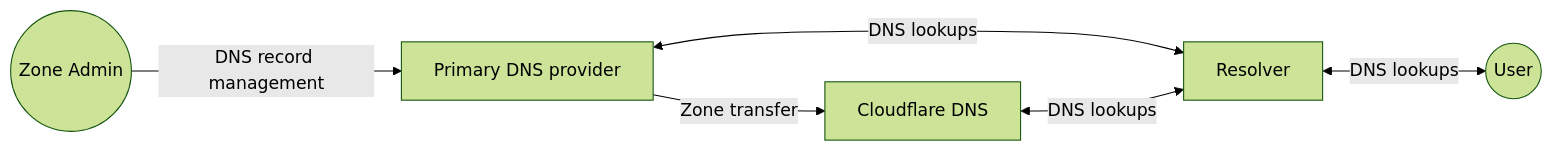
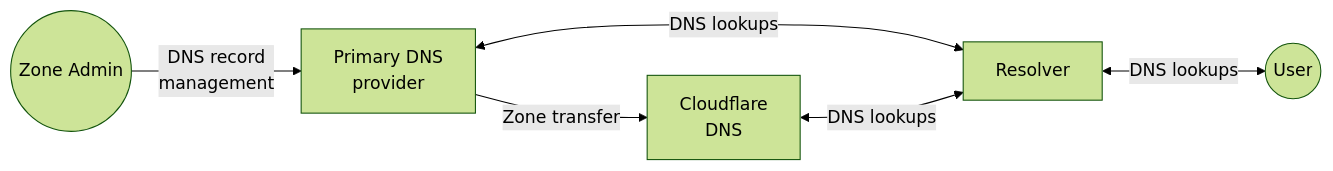
Before and after one commit to rdhanarot/cloudflare-docs: the diagram in content/dns/zone-setups/zone-transfers/cloudflare-as-secondary/_index.md, drawn with Mermaid (forest theme). The commit also changed other lines of this file and 8 other files, not shown here.

First line of the commit message:
[DNS] Expand content on DNSSEC for incoming zone transfers (#9475)

````diff
--- a/content/dns/zone-setups/zone-transfers/cloudflare-as-secondary/_index.md
+++ b/content/dns/zone-setups/zone-transfers/cloudflare-as-secondary/_index.md
@@ -13,7 +14,7 @@
 ```mermaid
 flowchart LR
 accTitle: Cloudflare as Secondary DNS
-A((Zone Admin)) --DNS record management--> B[Primary DNS provider]
-B --Zone transfer--> C[Cloudflare DNS]
+A((Zone Admin)) --DNS record <br /> management--> B[Primary DNS <br /> provider]
+B --Zone transfer--> C[Cloudflare <br /> DNS]
 B & C <--DNS lookups--> D[Resolver] <--DNS lookups--> E((User))
 ```
````
